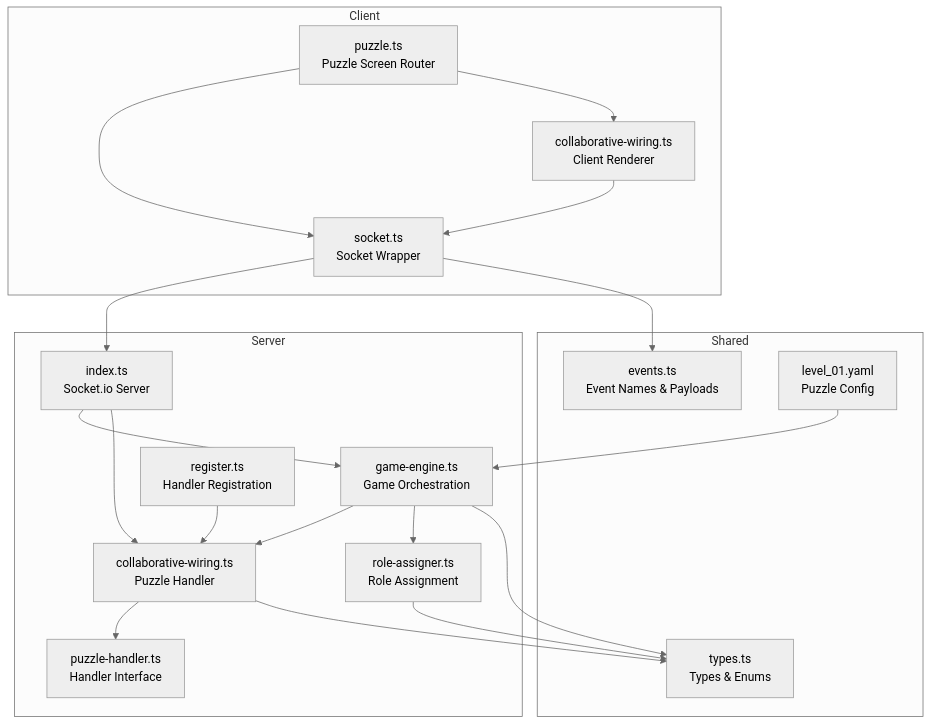
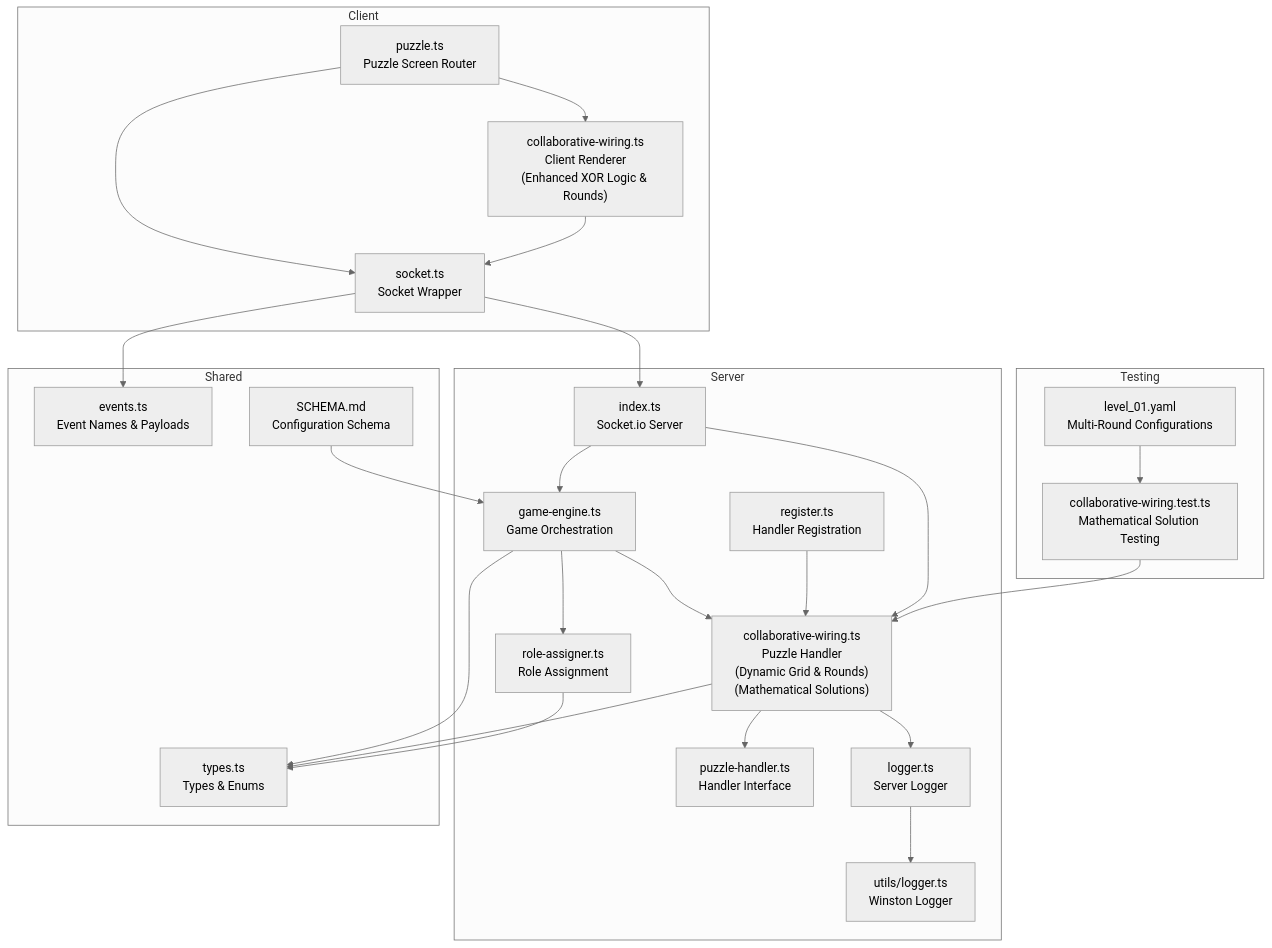
Before and after one commit to dkoukoul/escape-room-mvp: the first of 9 diagrams in .qoder/repowiki/en/content/Puzzle System/Collaborative Wiring Puzzle.md, drawn with Mermaid (neutral theme). The commit also changed other lines of this file and 21 other files, not shown here.

````diff
--- a/.qoder/repowiki/en/content/Puzzle System/Collaborative Wiring Puzzle.md
+++ b/.qoder/repowiki/en/content/Puzzle System/Collaborative Wiring Puzzle.md
@@ -44,36 +65,46 @@
 ```mermaid
 graph TB
 subgraph "Client"
 A["puzzle.ts<br/>Puzzle Screen Router"]
-B["collaborative-wiring.ts<br/>Client Renderer"]
+B["collaborative-wiring.ts<br/>Client Renderer<br/>(Enhanced XOR Logic & Rounds)" ]
 C["socket.ts<br/>Socket Wrapper"]
 end
 subgraph "Server"
 D["index.ts<br/>Socket.io Server"]
 E["game-engine.ts<br/>Game Orchestration"]
-F["collaborative-wiring.ts<br/>Puzzle Handler"]
+F["collaborative-wiring.ts<br/>Puzzle Handler<br/>(Dynamic Grid & Rounds)<br/>(Mathematical Solutions)" ]
 G["puzzle-handler.ts<br/>Handler Interface"]
 H["register.ts<br/>Handler Registration"]
 I["role-assigner.ts<br/>Role Assignment"]
+J["logger.ts<br/>Server Logger"]
+K["utils/logger.ts<br/>Winston Logger"]
+end
+subgraph "Testing"
+L["collaborative-wiring.test.ts<br/>Mathematical Solution Testing"]
+M["level_01.yaml<br/>Multi-Round Configurations"]
 end
 subgraph "Shared"
-J["types.ts<br/>Types & Enums"]
-K["events.ts<br/>Event Names & Payloads"]
-L["level_01.yaml<br/>Puzzle Config"]
+N["types.ts<br/>Types & Enums"]
+O["events.ts<br/>Event Names & Payloads"]
+P["SCHEMA.md<br/>Configuration Schema"]
 end
 A --> C
 B --> C
 C --> D
 D --> E
 E --> F
 F --> G
 H --> F
 E --> I
+F --> J
+J --> K
 A --> B
 D --> F
-E --> J
-C --> K
-F --> J
-I --> J
-L --> E
+E --> N
+C --> O
+F --> N
+I --> N
+P --> E
+L --> F
+M --> L
 ```
````
